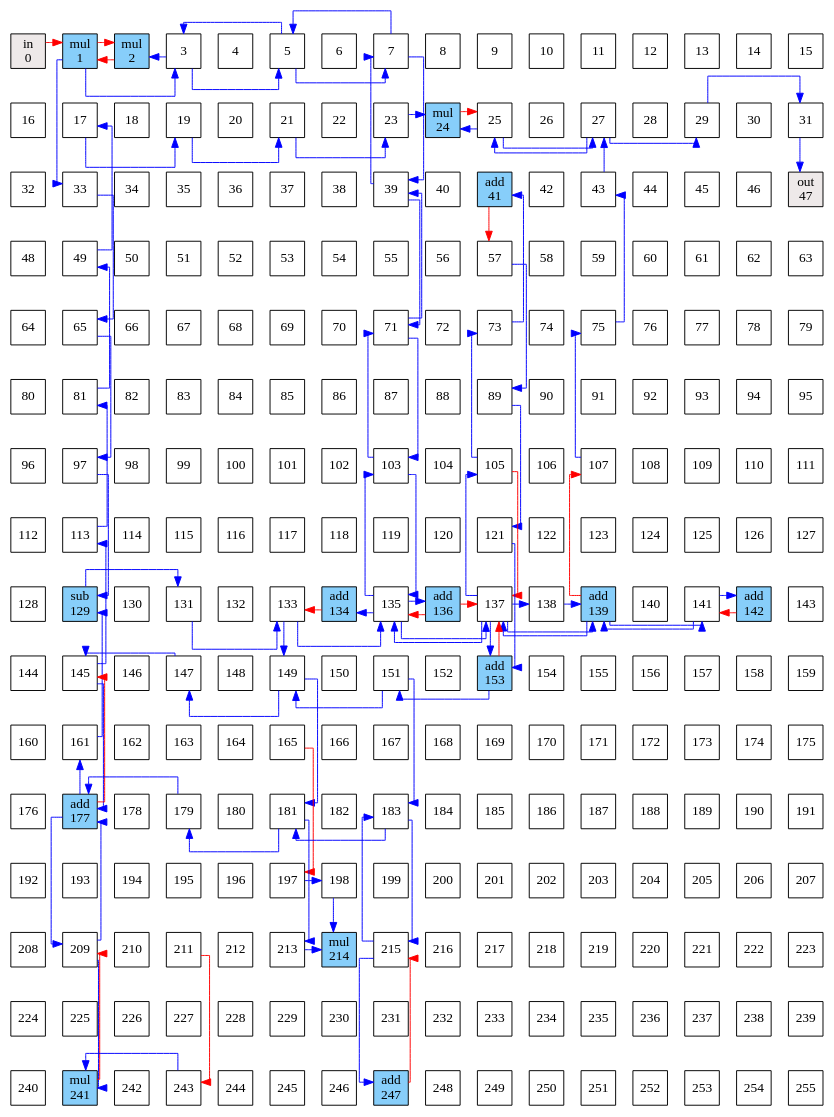
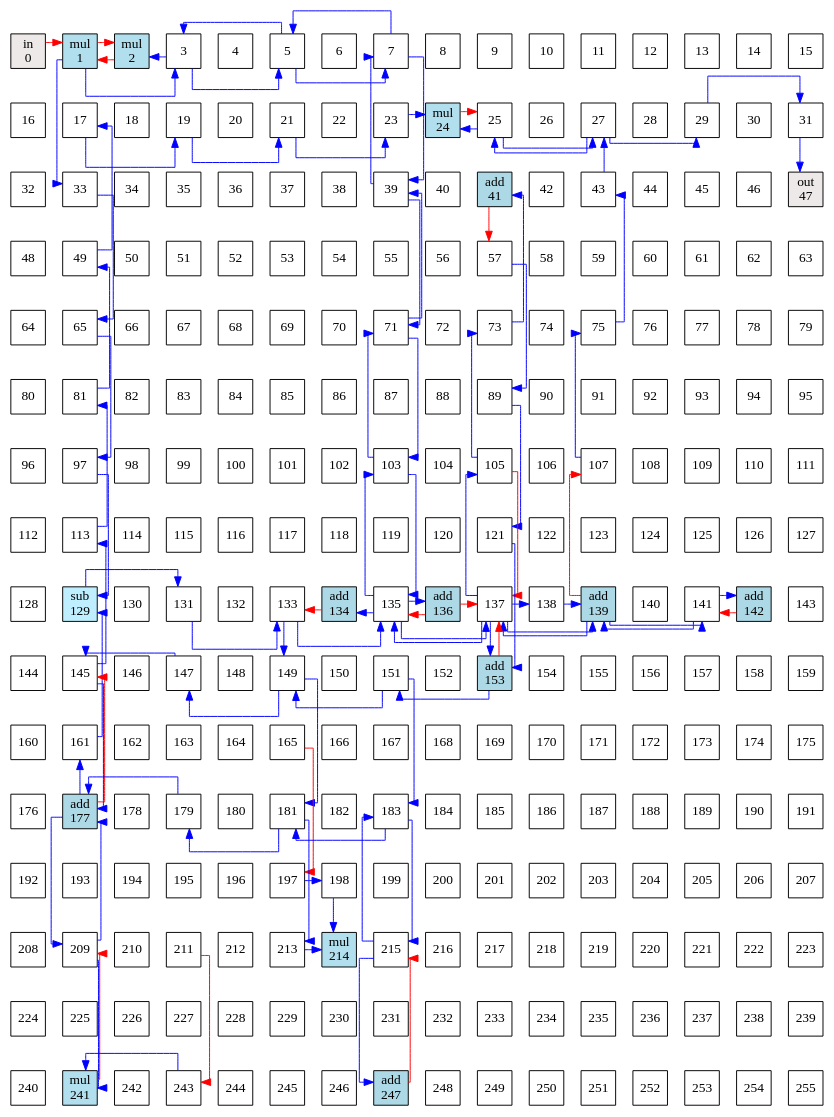
Before and after one commit to lesc-ufv/hpcgra: the diagram in tests_lucas/artigo/assembly/chebyshev.dot, drawn with Graphviz. The commit also changed 3 other files, not shown here.

```diff
--- a/tests_lucas/artigo/assembly/chebyshev.dot
+++ b/tests_lucas/artigo/assembly/chebyshev.dot
@@ -2,12 +2,9 @@
 rankdir=TB;
 splines=ortho;
 node [style=filled shape=square fixedsize=true width=0.5];
-x0y0 [label="in
-0", fillcolor=snow2];
-x0y1 [label="mul
-1", fillcolor=lightskyblue];
-x0y2 [label="mul
-2", fillcolor=lightskyblue];
+x0y0 [label="in\n0", fillcolor=snow2];
+x0y1 [label="mul\n1", fillcolor=lightblue2];
+x0y2 [label="mul\n2", fillcolor=lightblue2];
 x0y3[label="3", fillcolor=white];
 x0y4[label="4", fillcolor=white];
 x0y5[label="5", fillcolor=white];
@@ -29,8 +26,7 @@
 x1y5[label="21", fillcolor=white];
 x1y6[label="22", fillcolor=white];
 x1y7[label="23", fillcolor=white];
-x1y8 [label="mul
-24", fillcolor=lightskyblue];
+x1y8 [label="mul\n24", fillcolor=lightblue2];
 x1y9[label="25", fillcolor=white];
 x1y10[label="26", fillcolor=white];
 x1y11[label="27", fillcolor=white];
@@ -47,8 +43,7 @@
 x2y6[label="38", fillcolor=white];
 x2y7[label="39", fillcolor=white];
 x2y8[label="40", fillcolor=white];
-x2y9 [label="add
-41", fillcolor=lightskyblue];
+x2y9 [label="add\n41", fillcolor=lightblue ];
 x2y10[label="42", fillcolor=white];
 x2y11[label="43", fillcolor=white];
 x2y12[label="44", fillcolor=white];
@@ -137,25 +132,20 @@
 x7y14[label="126", fillcolor=white];
 x7y15[label="127", fillcolor=white];
 x8y0[label="128", fillcolor=white];
-x8y1 [label="sub
-129", fillcolor=lightskyblue];
+x8y1 [label="sub\n129", fillcolor=lightblue1];
 x8y2[label="130", fillcolor=white];
 x8y3[label="131", fillcolor=white];
 x8y4[label="132", fillcolor=white];
 x8y5[label="133", fillcolor=white];
-x8y6 [label="add
-134", fillcolor=lightskyblue];
+x8y6 [label="add\n134", fillcolor=lightblue ];
 x8y7[label="135", fillcolor=white];
-x8y8 [label="add
-136", fillcolor=lightskyblue];
+x8y8 [label="add\n136", fillcolor=lightblue ];
 x8y9[label="137", fillcolor=white];
 x8y10[label="138", fillcolor=white];
-x8y11 [label="add
-139", fillcolor=lightskyblue];
+x8y11 [label="add\n139", fillcolor=lightblue ];
 x8y12[label="140", fillcolor=white];
 x8y13[label="141", fillcolor=white];
-x8y14 [label="add
-142", fillcolor=lightskyblue];
+x8y14 [label="add\n142", fillcolor=lightblue ];
 x8y15[label="143", fillcolor=white];
 x9y0[label="144", fillcolor=white];
 x9y1[label="145", fillcolor=white];
@@ -166,8 +156,7 @@
 x9y6[label="150", fillcolor=white];
 x9y7[label="151", fillcolor=white];
 x9y8[label="152", fillcolor=white];
-x9y9 [label="add
-153", fillcolor=lightskyblue];
+x9y9 [label="add\n153", fillcolor=lightblue ];
 x9y10[label="154", fillcolor=white];
 x9y11[label="155", fillcolor=white];
 x9y12[label="156", fillcolor=white];
@@ -191,8 +180,7 @@
 x10y14[label="174", fillcolor=white];
 x10y15[label="175", fillcolor=white];
 x11y0[label="176", fillcolor=white];
-x11y1 [label="add
-177", fillcolor=lightskyblue];
+x11y1 [label="add\n177", fillcolor=lightblue ];
 x11y2[label="178", fillcolor=white];
 x11y3[label="179", fillcolor=white];
 x11y4[label="180", fillcolor=white];
@@ -229,8 +217,7 @@
 x13y3[label="211", fillcolor=white];
 x13y4[label="212", fillcolor=white];
 x13y5[label="213", fillcolor=white];
-x13y6 [label="mul
-214", fillcolor=lightskyblue];
+x13y6 [label="mul\n214", fillcolor=lightblue2];
 x13y7[label="215", fillcolor=white];
 x13y8[label="216", fillcolor=white];
 x13y9[label="217", fillcolor=white];
@@ -257,15 +244,13 @@
 x14y14[label="238", fillcolor=white];
 x14y15[label="239", fillcolor=white];
 x15y0[label="240", fillcolor=white];
-x15y1 [label="mul
-241", fillcolor=lightskyblue];
+x15y1 [label="mul\n241", fillcolor=lightblue2];
 x15y2[label="242", fillcolor=white];
 x15y3[label="243", fillcolor=white];
 x15y4[label="244", fillcolor=white];
 x15y5[label="245", fillcolor=white];
 x15y6[label="246", fillcolor=white];
-x15y7 [label="add
-247", fillcolor=lightskyblue];
+x15y7 [label="add\n247", fillcolor=lightblue ];
 x15y8[label="248", fillcolor=white];
 x15y9[label="249", fillcolor=white];
 x15y10[label="250", fillcolor=white];
```
